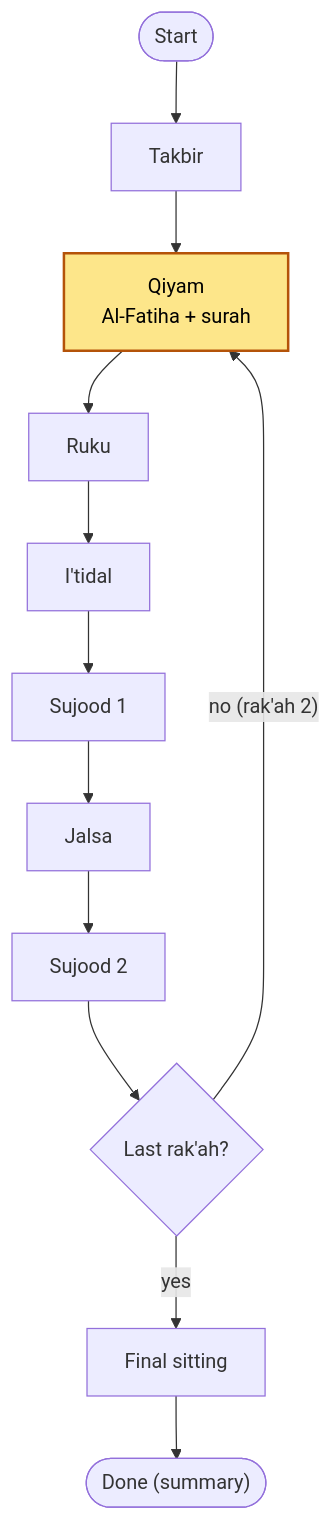
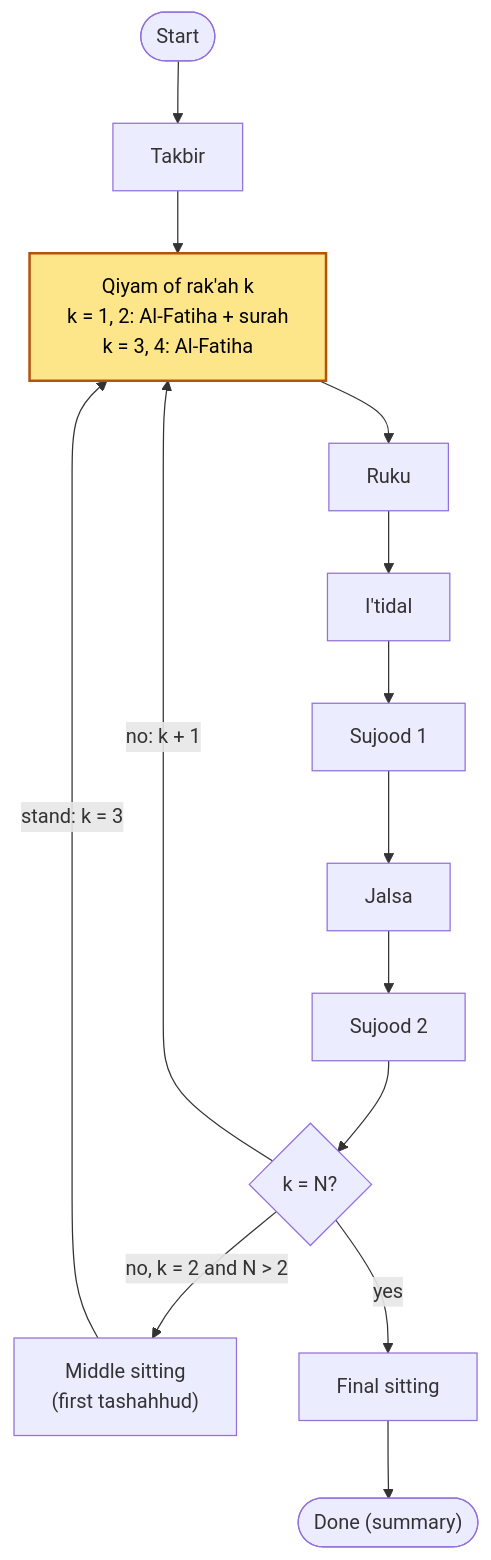
One commit to imraaimmu/salah-companion changed the diagram in docs/SPEC.md. Above: the diagram before and after it, drawn with Mermaid. The commit also changed other lines of this file, not shown here.

````diff
--- a/docs/SPEC.md
+++ b/docs/SPEC.md
@@ -92,16 +105,18 @@
 ```mermaid
 flowchart TD
     start([Start]) --> takbir[Takbir]
-    takbir --> qiyam["Qiyam<br/>Al-Fatiha + surah"]
+    takbir --> qiyam["Qiyam of rak'ah k<br/>k = 1, 2: Al-Fatiha + surah<br/>k = 3, 4: Al-Fatiha"]
     qiyam --> ruku[Ruku]
     ruku --> itidal["I'tidal"]
     itidal --> sujood1[Sujood 1]
     sujood1 --> jalsa[Jalsa]
     jalsa --> sujood2[Sujood 2]
-    sujood2 --> last{"Last rak'ah?"}
-    last -- "no (rak'ah 2)" --> qiyam
+    sujood2 --> last{"k = N?"}
+    last -- "no, k = 2 and N > 2" --> middle["Middle sitting<br/>(first tashahhud)"]
+    middle -- "stand: k = 3" --> qiyam
+    last -- "no: k + 1" --> qiyam
     last -- "yes" --> final[Final sitting]
     final --> done(["Done (summary)"])
     classDef highlight fill:#fde68a,stroke:#b45309,stroke-width:2px,color:#000
     class qiyam highlight
 ```
````
